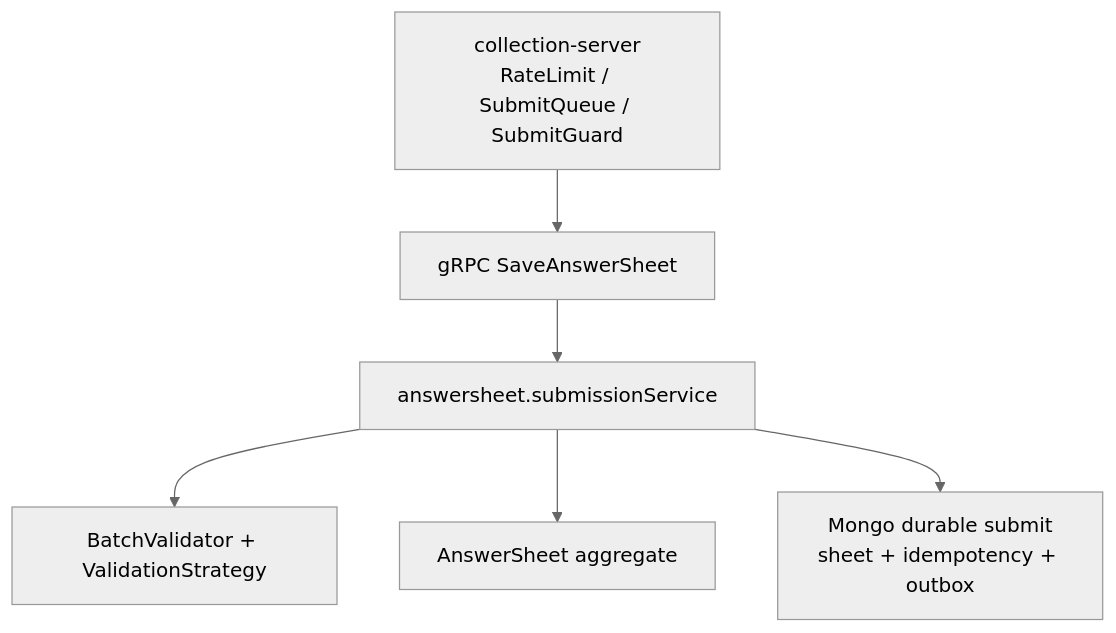
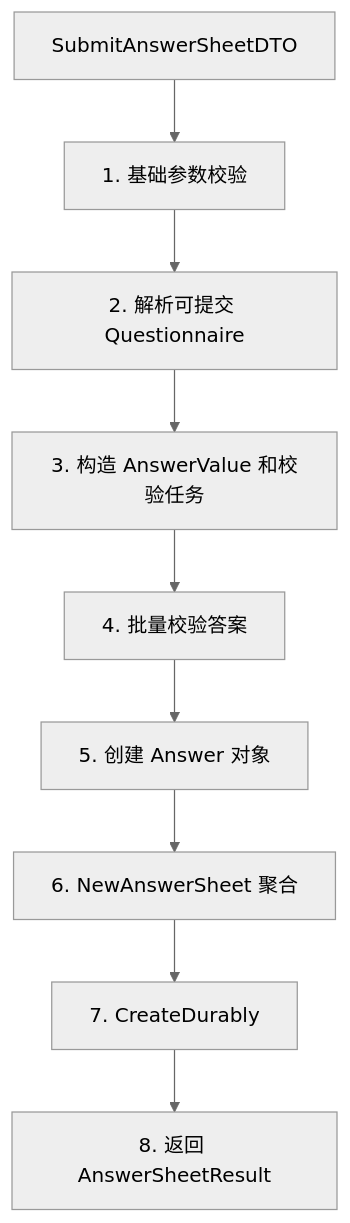
The second of 2 diagrams in docs/02-业务模块/survey/02-AnswerSheet提交与校验.md (FangcunMount/qs-server), drawn with Mermaid (neutral theme) before and after one commit. The commit also changed other lines of this file and 7 other files, not shown here.

````diff
--- a/docs/02-业务模块/survey/02-AnswerSheet提交与校验.md
+++ b/docs/02-业务模块/survey/02-AnswerSheet提交与校验.md
@@ -40,13 +135,11 @@
 ```mermaid
 flowchart TB
-    collection["collection-server<br/>RateLimit / SubmitQueue / SubmitGuard"]
-    grpc["gRPC SaveAnswerSheet"]
-    app["answersheet.submissionService"]
-    domain["AnswerSheet aggregate"]
-    validation["BatchValidator + ValidationStrategy"]
-    durable["Mongo durable submit<br/>sheet + idempotency + outbox"]
-    collection --> grpc --> app
-    app --> validation
-    app --> domain
-    app --> durable
+    dto["SubmitAnswerSheetDTO"] --> basic["1. 基础参数校验"]
+    basic --> qload["2. 解析可提交 Questionnaire"]
+    qload --> build["3. 构造 AnswerValue 和校验任务"]
+    build --> validate["4. 批量校验答案"]
+    validate --> answer["5. 创建 Answer 对象"]
+    answer --> aggregate["6. NewAnswerSheet 聚合"]
+    aggregate --> durable["7. CreateDurably"]
+    durable --> result["8. 返回 AnswerSheetResult"]
 ```
````
